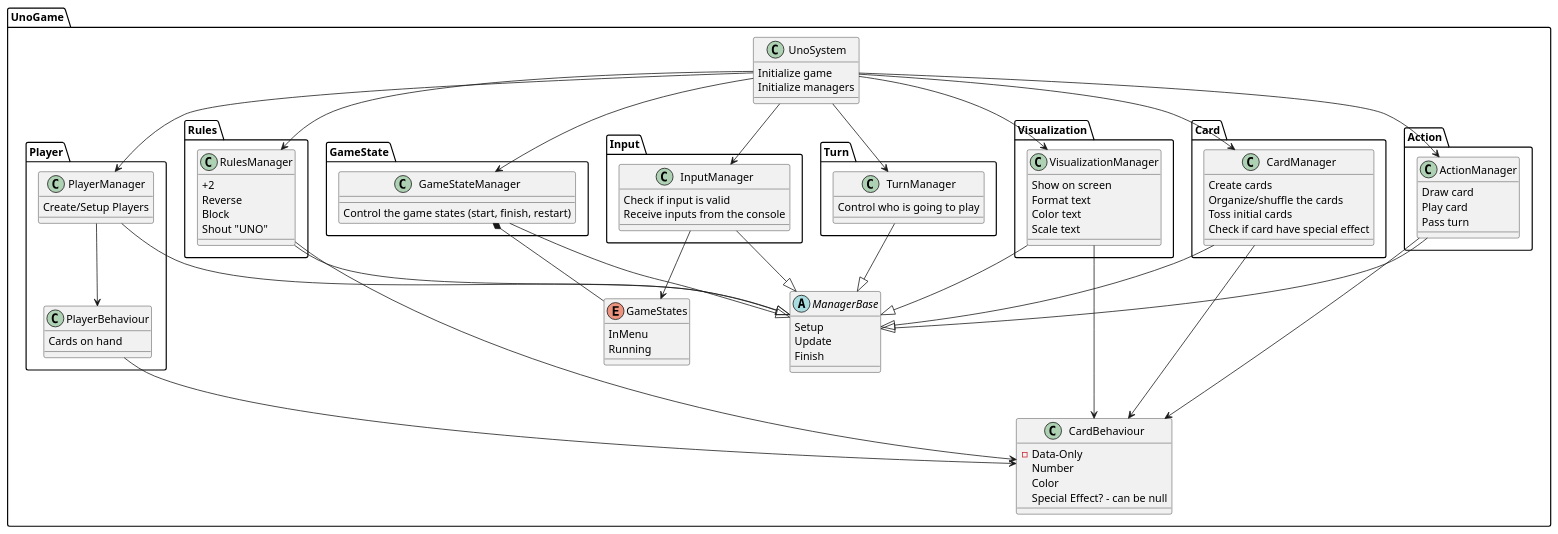
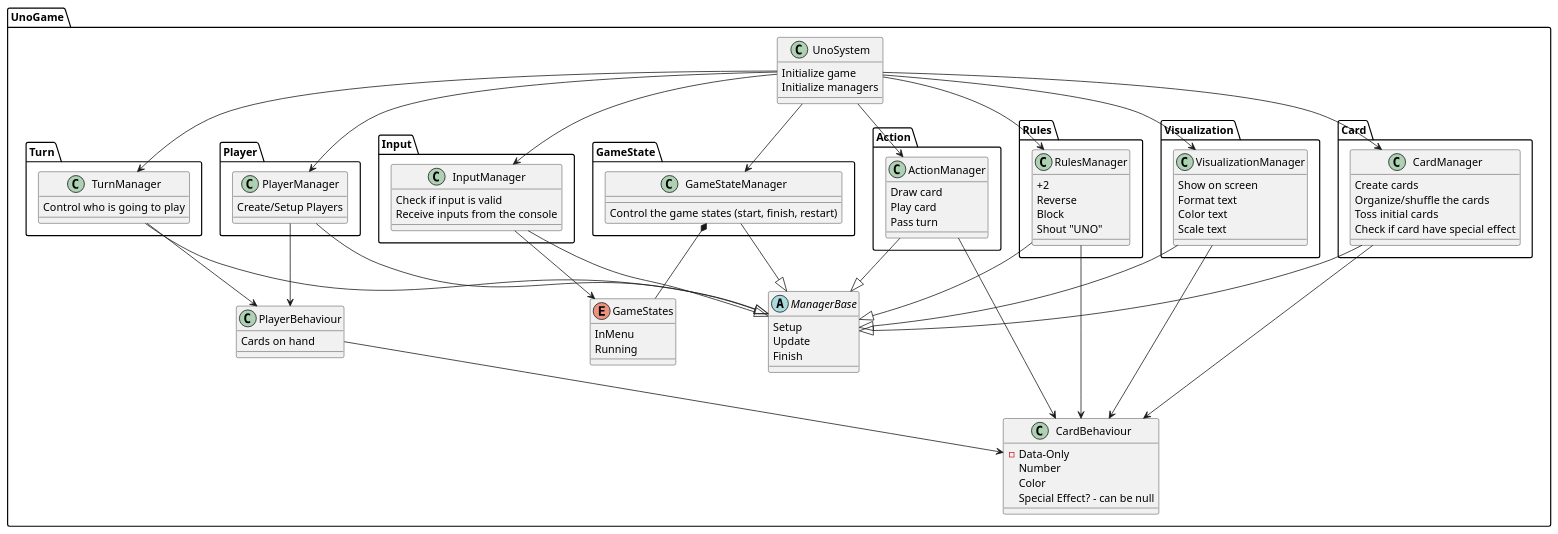
One commit to caiovini980/UnoGame changed the diagram in UnoGame/Docs/Idea Diagram.puml. Above: the diagram before and after it, drawn with PlantUML. The commit also changed 15 other files, not shown here.

```diff
--- a/UnoGame/Docs/Idea Diagram.puml
+++ b/UnoGame/Docs/Idea Diagram.puml
@@ -1,167 +1,170 @@
 @startuml
 'https://plantuml.com/sequence-diagram
 
 'SYSTEMS'
 package UnoGame
 {
     'ABSTRACTS'
     abstract class ManagerBase
     {
         Setup
         Update
         Finish
     }
     
     class UnoSystem
     {
         Initialize game
         Initialize managers
     }
     
     class CardBehaviour
     {
         - Data-Only
         Number
         Color
         Special Effect? - can be null
+    }
+    
+    class PlayerBehaviour
+    {
+        Cards on hand
     }
     
     'INTERFACES'
     
     'ENUMS'
     enum GameStates
     {
         InMenu
         Running
     }
     
     'MANAGERS'
     package GameState
     {
         class GameStateManager
         {
             Control the game states (start, finish, restart)
         }
     }
     
     package Card
     {
         class CardManager
         {
             Create cards
             Organize/shuffle the cards
             Toss initial cards
             Check if card have special effect
         }
     }
     
     package Turn
     {
         class TurnManager
         {
             Control who is going to play
         }
     }
     
     package Action
     {
         class ActionManager
         {
             Draw card
             Play card
             Pass turn
         }
     }
     
     package Player
     {
         class PlayerManager
         {
             Create/Setup Players
         }
         
-        class PlayerBehaviour
-        {
-            Cards on hand
-        }
+        
     }   
     
     package Rules
     {
         class RulesManager
         {
             +2
             Reverse
             Block
             Shout "UNO"
         }
     }  
     
     package Input
     {
         class InputManager
         {
             Check if input is valid
             Receive inputs from the console
         } 
     }
            
     package Visualization
     {
         class VisualizationManager
         {
             Show on screen
             Format text
             Color text
             Scale text
         }
     }
     
     'UTILS'
 '    package Utils
 '    {
 '        class TimerHandler
 '        {
 '            Create timer 
 '            Notify when timer finished
 '        }
 '    }
     
     'RELATIONS'
     'Parent - Child'
     GameStateManager --|> ManagerBase
     CardManager --|> ManagerBase
     TurnManager --|> ManagerBase
     ActionManager --|> ManagerBase
     InputManager --|> ManagerBase
     PlayerManager --|> ManagerBase
     RulesManager --|> ManagerBase
     VisualizationManager --|> ManagerBase
     
     'System - Managers'
     UnoSystem --> GameStateManager
     UnoSystem --> CardManager
     UnoSystem --> TurnManager
     UnoSystem --> ActionManager
     UnoSystem --> InputManager
     UnoSystem --> PlayerManager
     UnoSystem --> RulesManager
     UnoSystem --> VisualizationManager
     
     'A "has instance of" B. B cant live without A'
     GameStateManager *-- GameStates
     
     'Interfaces'
     
     'A "has instance of" B. B can live without A'
     CardManager --> CardBehaviour
     PlayerManager --> PlayerBehaviour
     PlayerBehaviour --> CardBehaviour
     ActionManager --> CardBehaviour
     RulesManager --> CardBehaviour
+    TurnManager --> PlayerBehaviour
     VisualizationManager --> CardBehaviour
     InputManager --> GameStates
 }
 
 
 @enduml
```
